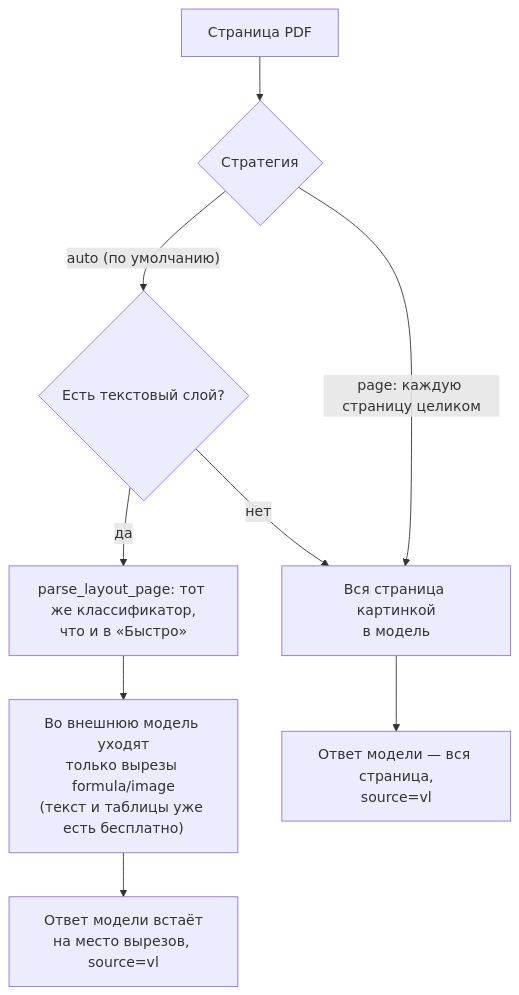
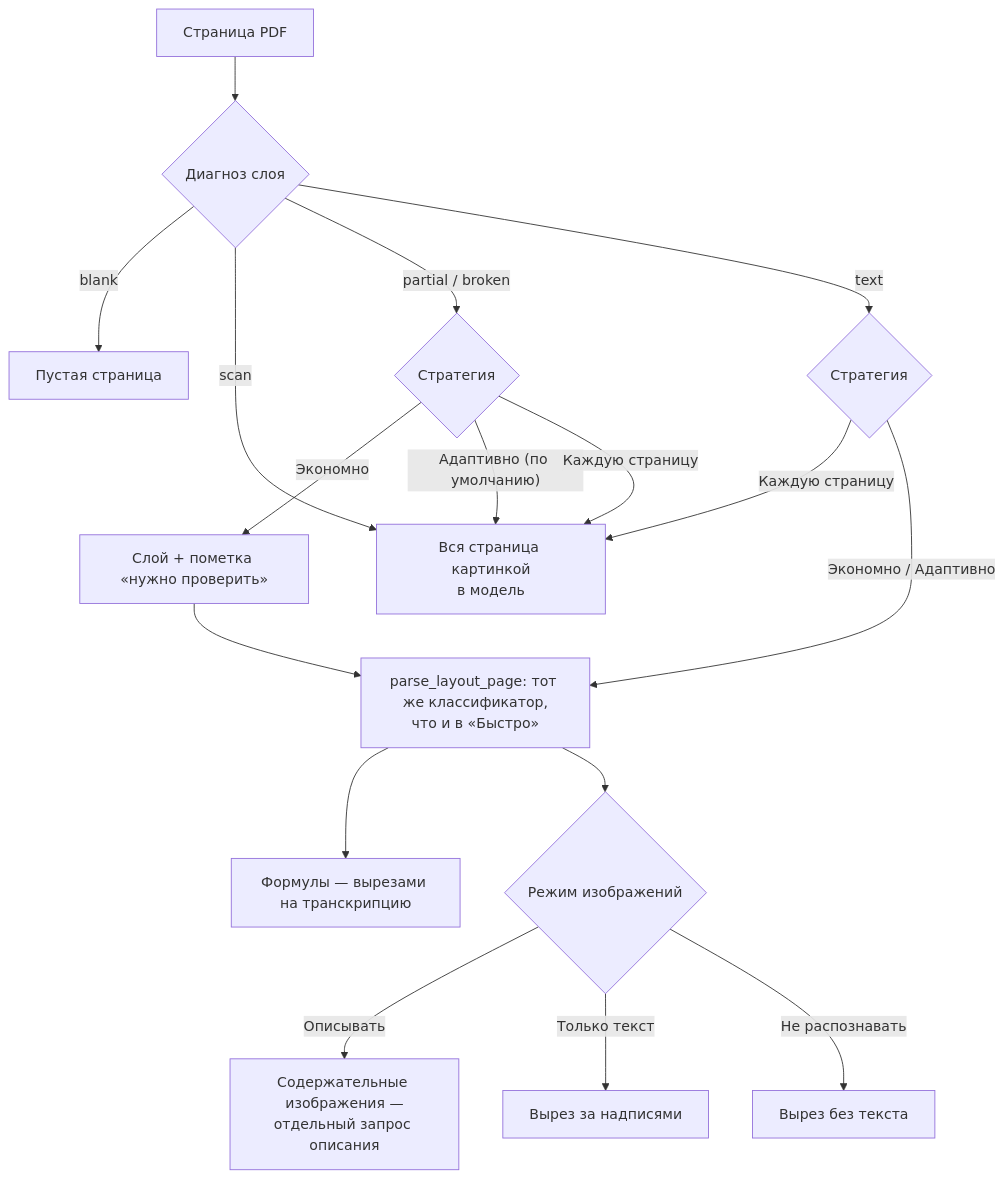
One commit to tneki22/Tentex changed the third of 4 diagrams in OCR.md. Above: the diagram before and after it, drawn with Mermaid. The commit also changed other lines of this file and 9 other files, not shown here.

First line of the commit message:
docs: describe text layer routing, image state and descriptions

````diff
--- a/OCR.md
+++ b/OCR.md
@@ -461,11 +468,19 @@
 ```mermaid
 flowchart TD
-    P[Страница PDF] --> S{"Стратегия"}
-    S -- "auto (по умолчанию)" --> Q{"Есть текстовый слой?"}
-    S -- "page: каждую страницу целиком" --> W["Вся страница картинкой\nв модель"]
-    Q -- да --> CL["parse_layout_page: тот же классификатор,\nчто и в «Быстро»"]
-    Q -- нет --> W
-    CL --> T["Во внешнюю модель уходят\nтолько вырезы formula/image\n(текст и таблицы уже есть бесплатно)"]
-    T --> M["Ответ модели встаёт\nна место вырезов, source=vl"]
-    W --> M2["Ответ модели — вся страница,\nsource=vl"]
+    P[Страница PDF] --> D{"Диагноз слоя"}
+    D -- "blank" --> B["Пустая страница"]
+    D -- "scan" --> W["Вся страница картинкой\nв модель"]
+    D -- "partial / broken" --> S{"Стратегия"}
+    D -- "text" --> S2{"Стратегия"}
+    S -- "Экономно" --> L["Слой + пометка «нужно проверить»"]
+    S -- "Адаптивно (по умолчанию)" --> W
+    S2 -- "Каждую страницу" --> W
+    S -- "Каждую страницу" --> W
+    S2 -- "Экономно / Адаптивно" --> CL["parse_layout_page: тот же классификатор,\nчто и в «Быстро»"]
+    L --> CL
+    CL --> F["Формулы — вырезами на транскрипцию"]
+    CL --> I{"Режим изображений"}
+    I -- "Описывать" --> DS["Содержательные изображения —\nотдельный запрос описания"]
+    I -- "Только текст" --> TX["Вырез за надписями"]
+    I -- "Не распознавать" --> SK["Вырез без текста"]
 ```
````
